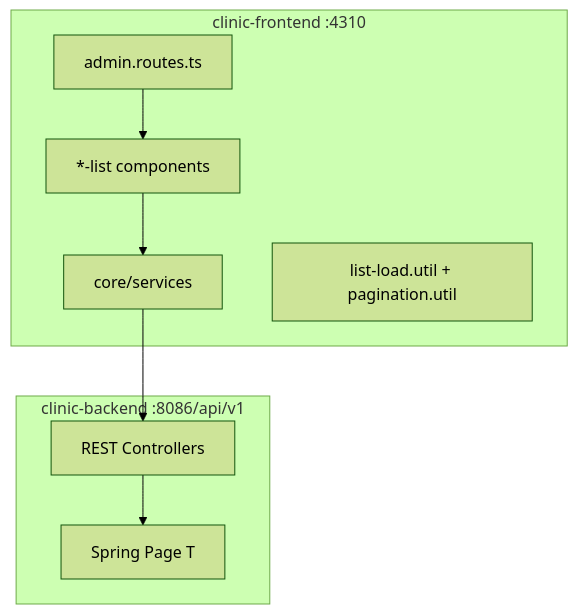
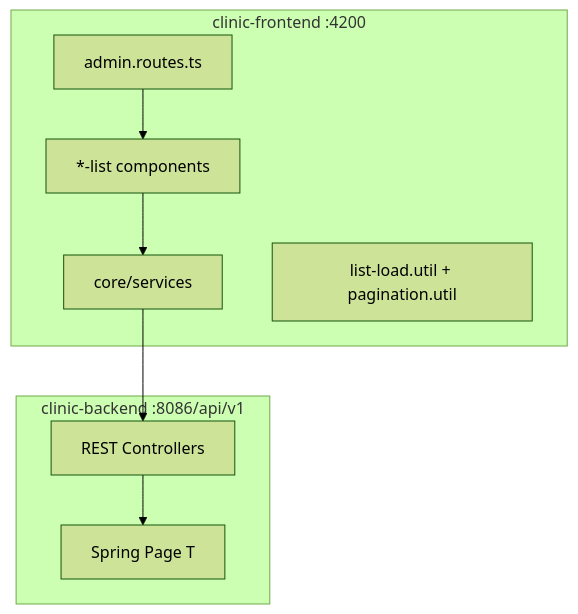
Before and after one commit to Mayman2020/clinic-management-system: the diagram in docs/CODE-INTEGRATION-ar.md, drawn with Mermaid (forest theme). The commit also changed 135 other files, not shown here.

````diff
--- a/docs/CODE-INTEGRATION-ar.md
+++ b/docs/CODE-INTEGRATION-ar.md
@@ -10,14 +10,14 @@
 ```mermaid
 flowchart TB
-  subgraph fe [clinic-frontend :4310]
+  subgraph fe [clinic-frontend :4200]
     Routes[admin.routes.ts]
     ListComp["*-list components"]
     Services[core/services]
     Utils[list-load.util + pagination.util]
   end
   subgraph be [clinic-backend :8086/api/v1]
     Controllers[REST Controllers]
     Page[Spring Page T]
   end
   Routes --> ListComp --> Services --> Controllers --> Page
 ```
````
